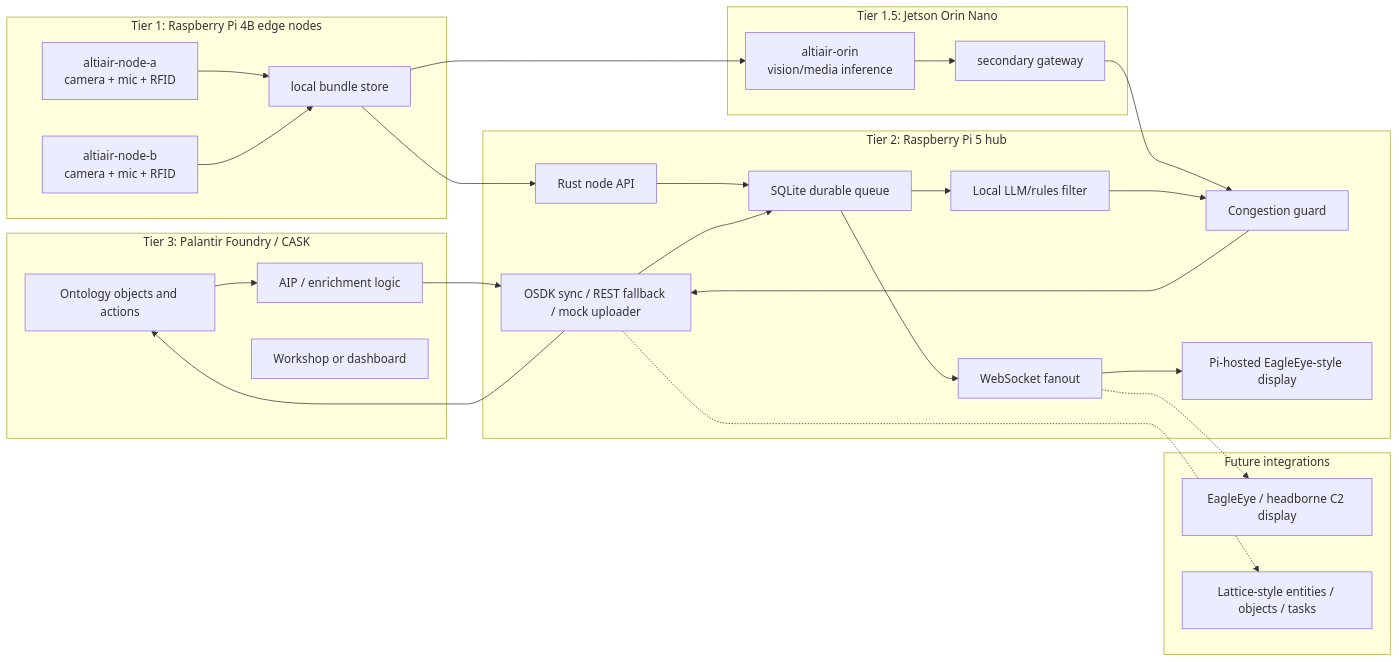
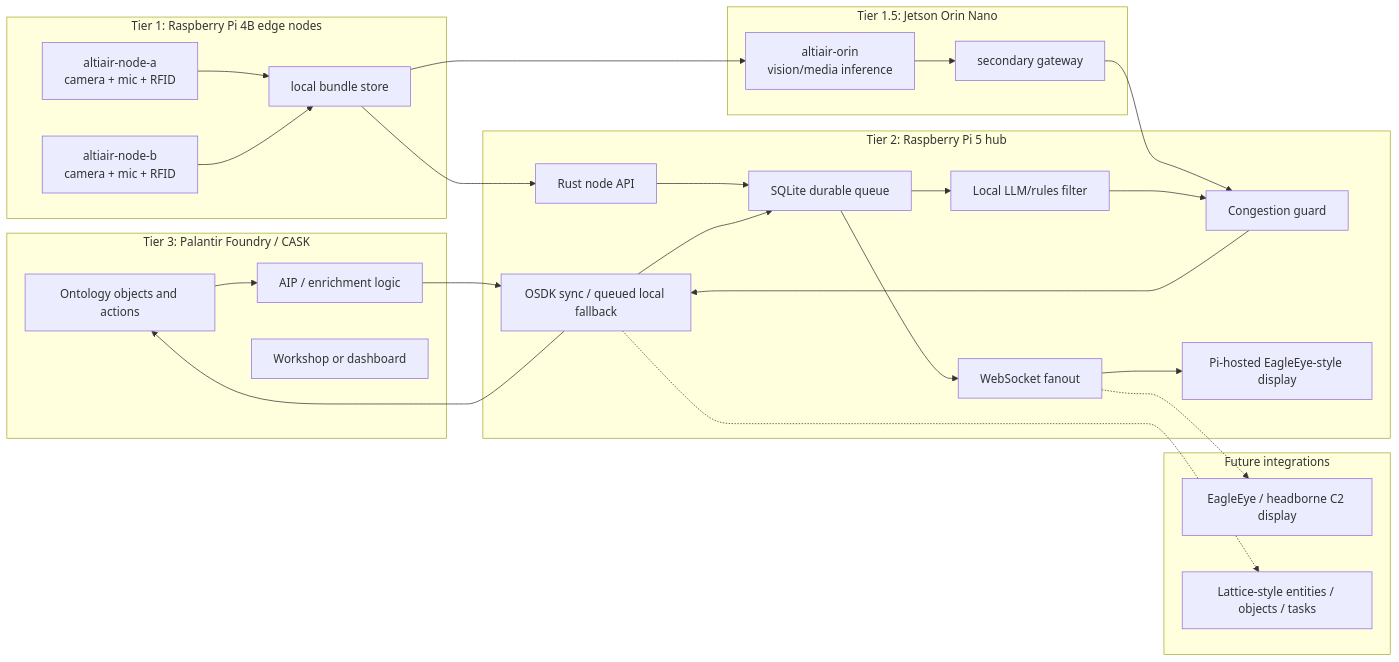
The diagram in README.md (digitalnomd/altiair), drawn with Mermaid before and after one commit. The commit also changed other lines of this file and 15 other files, not shown here.

````diff
--- a/README.md
+++ b/README.md
@@ -178,53 +179,53 @@
 ```mermaid
 flowchart LR
   subgraph Foundry["Tier 3: Palantir Foundry / CASK"]
     Ontology["Ontology objects and actions"]
     AIP["AIP / enrichment logic"]
     Workshop["Workshop or dashboard"]
   end
 
   subgraph Hub["Tier 2: Raspberry Pi 5 hub"]
     API["Rust node API"]
     DB["SQLite durable queue"]
     Filter["Local LLM/rules filter"]
     Guard["Congestion guard"]
-    Uploader["OSDK sync / REST fallback / mock uploader"]
+    Uploader["OSDK sync / queued local fallback"]
     Fanout["WebSocket fanout"]
     Display["Pi-hosted EagleEye-style display"]
   end
 
   subgraph Edge["Tier 1: Raspberry Pi 4B edge nodes"]
     NodeA["altiair-node-a\ncamera + mic + RFID"]
     NodeB["altiair-node-b\ncamera + mic + RFID"]
     LocalStore["local bundle store"]
   end
 
   subgraph Accel["Tier 1.5: Jetson Orin Nano"]
     Orin["altiair-orin\nvision/media inference"]
     SecondaryGateway["secondary gateway"]
   end
 
   subgraph Future["Future integrations"]
     EagleEye["EagleEye / headborne C2 display"]
     Lattice["Lattice-style entities / objects / tasks"]
   end
 
   NodeA --> LocalStore
   NodeB --> LocalStore
   LocalStore --> API
   LocalStore --> Orin
   Orin --> SecondaryGateway
   SecondaryGateway --> Guard
   API --> DB
   DB --> Filter
   Filter --> Guard
   Guard --> Uploader
   Uploader --> Ontology
   Ontology --> AIP
   AIP --> Uploader
   Uploader --> DB
   DB --> Fanout
   Fanout --> Display
   Fanout -.-> EagleEye
   Uploader -.-> Lattice
 ```
````
